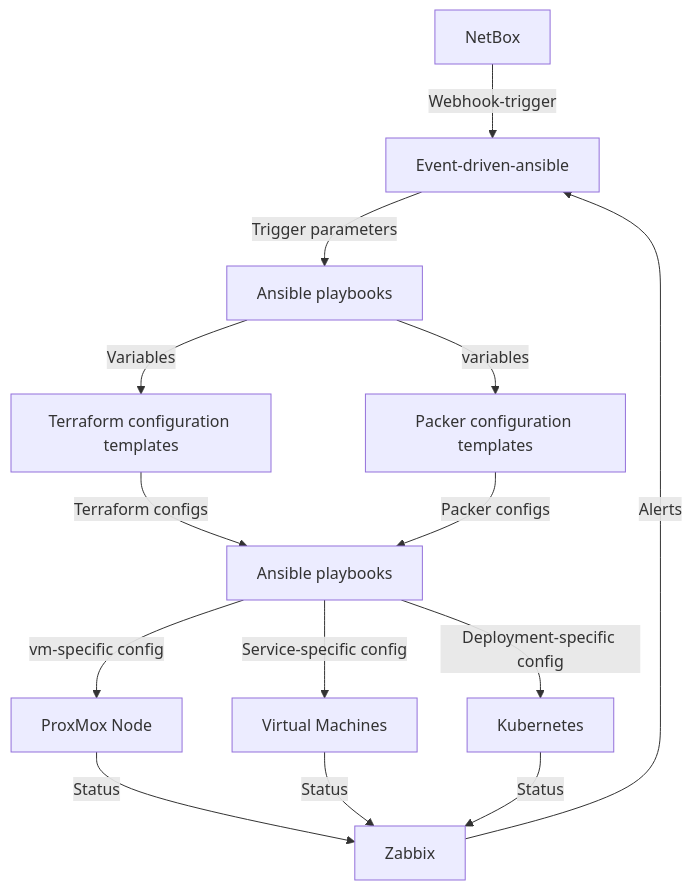
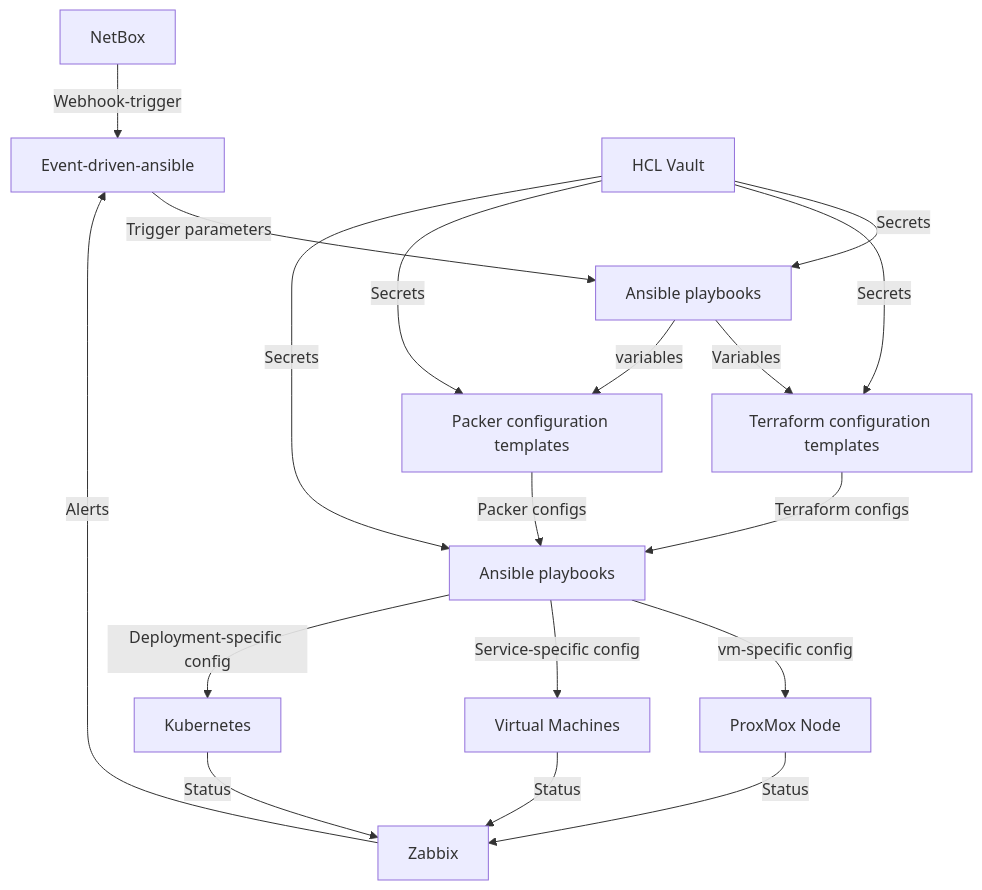
One commit to DeclerckLouis/eindwerk changed the second of 2 diagrams in README.md. Above: the diagram before and after it, drawn with Mermaid.

Commit message:
added vault

````diff
--- a/README.md
+++ b/README.md
@@ -93,16 +93,20 @@
 ```mermaid
 graph TD
     A[NetBox] --> |Webhook-trigger| B[Event-driven-ansible]
     B --> |Trigger parameters| C[Ansible playbooks]
     C --> |Variables| D[Terraform configuration templates]
     C --> |variables| E[Packer configuration templates]
     D --> |Terraform configs| F[Ansible playbooks]
     E --> |Packer configs| F
     F --> |vm-specific config| G[ProxMox Node]
     F --> |Service-specific config| H[Virtual Machines]
     F --> |Deployment-specific config| I[Kubernetes]
     G --> |Status| J[Zabbix]
     H --> |Status| J
     I --> |Status| J
     J --> |Alerts| B
+    S[HCL Vault] --> |Secrets| C
+    S --> |Secrets| D
+    S --> |Secrets| E
+    S --> |Secrets| F
 ```
````
